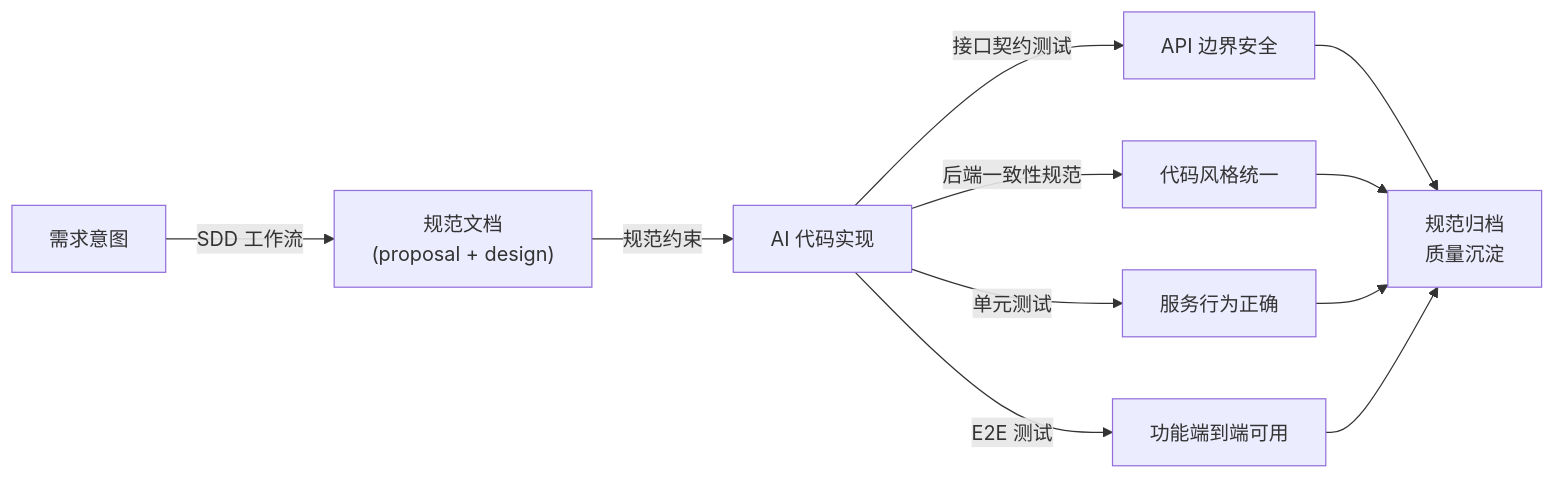
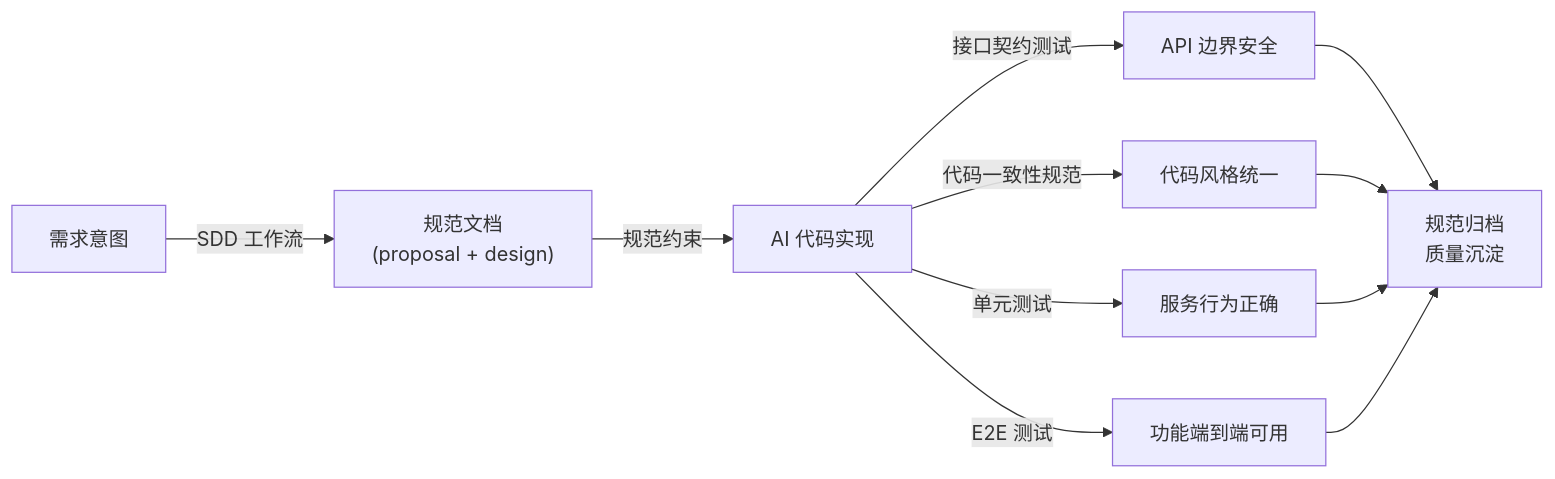
One commit to linaproai/linapro-site changed the third of 3 diagrams in apps/lina-site/docs/docs/1000-concepts/4000-ai-engineering-quality.md. Above: the diagram before and after it, drawn with Mermaid. The commit also changed other lines of this file and 4 other files, not shown here.

````diff
--- a/apps/lina-site/docs/docs/1000-concepts/4000-ai-engineering-quality.md
+++ b/apps/lina-site/docs/docs/1000-concepts/4000-ai-engineering-quality.md
@@ -232,10 +223,10 @@
 ```mermaid
 flowchart LR
     A["需求意图"] -->|"SDD 工作流"| B["规范文档<br/>(proposal + design)"]
     B -->|"规范约束"| C["AI 代码实现"]
     C -->|"接口契约测试"| D["API 边界安全"]
-    C -->|"后端一致性规范"| E["代码风格统一"]
+    C -->|"代码一致性规范"| E["代码风格统一"]
     C -->|"单元测试"| F["服务行为正确"]
     C -->|"E2E 测试"| G["功能端到端可用"]
     D & E & F & G --> H["规范归档<br/>质量沉淀"]
 ```
````
